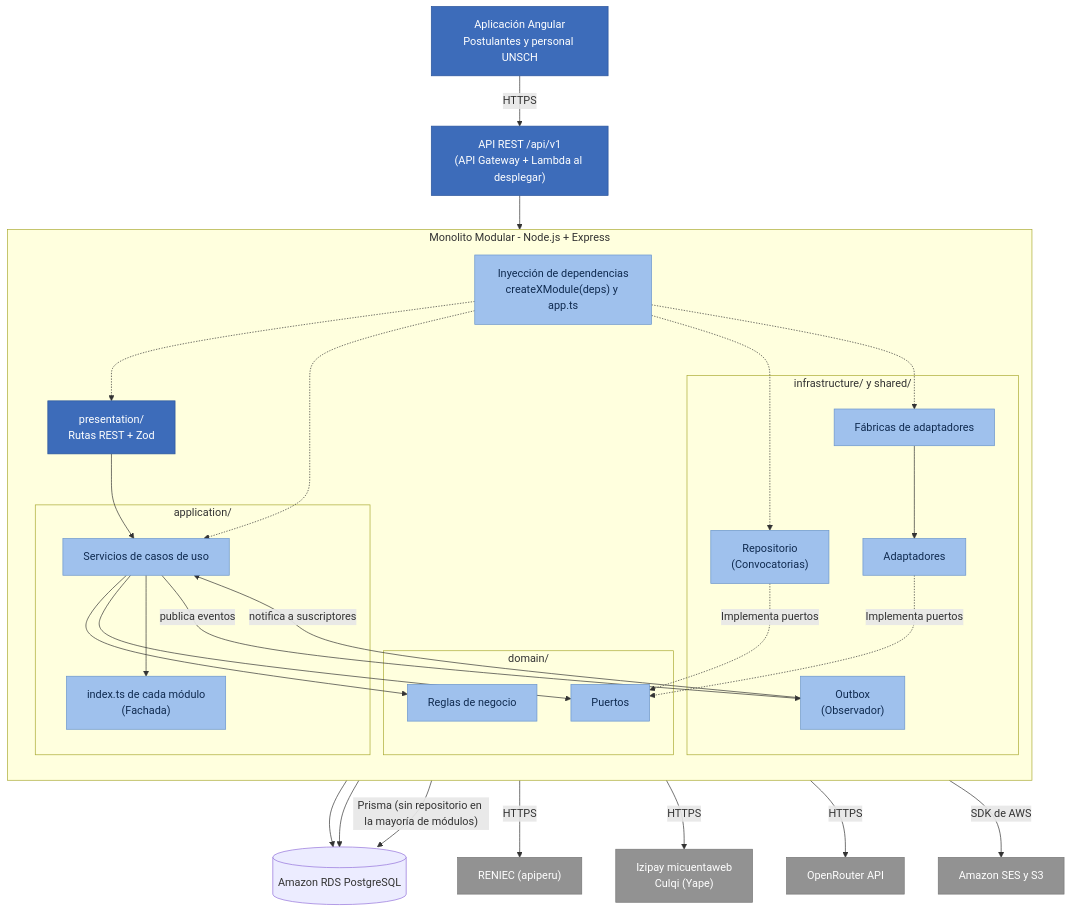
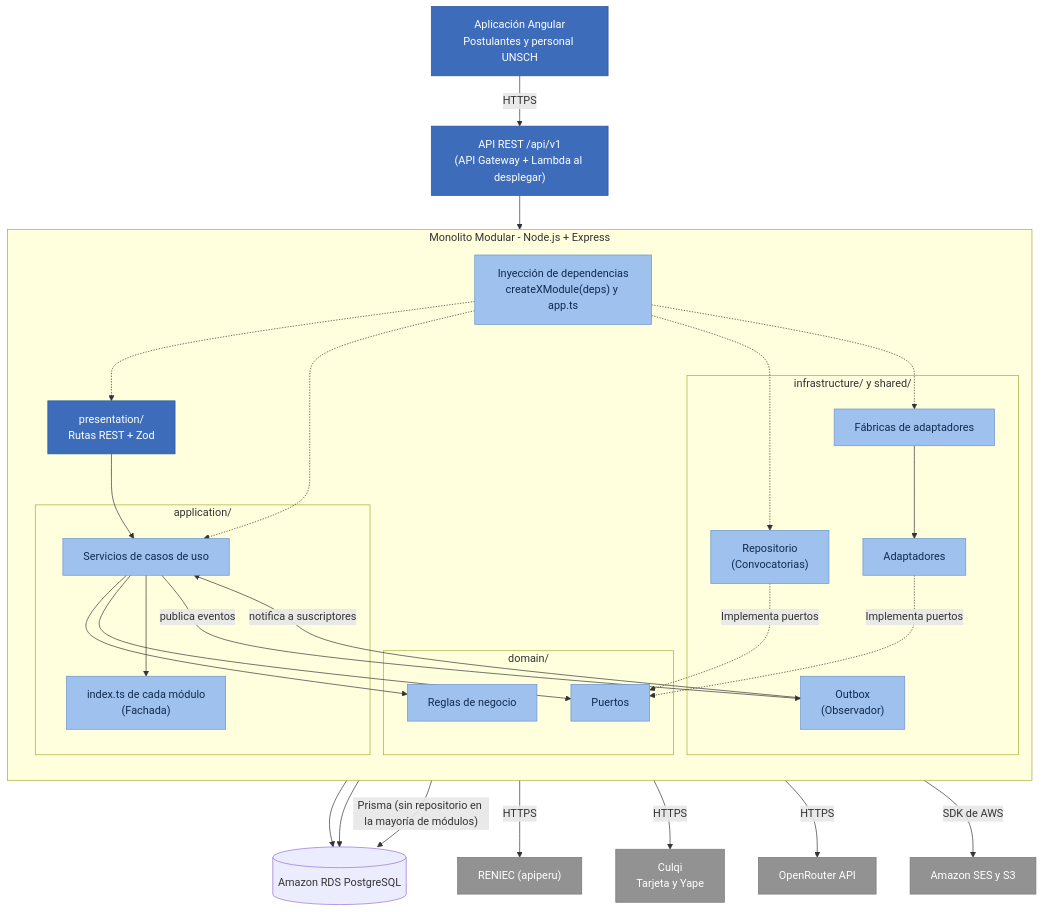
The diagram in docs/03-diseño-de-software/patrones-diseño.md (DiegoCoras06/sia-unsch-admision), drawn with Mermaid before and after one commit. The commit also changed other lines of this file and 66 other files, not shown here.

First line of the commit message:
Pagos: Culqi como única pasarela, con tarjeta y Yape (ADR-024)

````diff
--- a/docs/03-diseño-de-software/patrones-diseño.md
+++ b/docs/03-diseño-de-software/patrones-diseño.md
@@ -54,72 +54,72 @@
 ```mermaid
 flowchart TB
     WEB["Aplicación Angular<br/>Postulantes y personal UNSCH"]
     API["API REST /api/v1<br/>(API Gateway + Lambda al desplegar)"]
 
     subgraph BACKEND["Monolito Modular - Node.js + Express"]
         direction TB
 
         CTRL["presentation/<br/>Rutas REST + Zod"]
 
         subgraph APP["application/"]
             UC["Servicios de casos de uso"]
             FAC["index.ts de cada módulo<br/>(Fachada)"]
         end
 
         subgraph DOM["domain/"]
             PORT["Puertos"]
             ENT["Reglas de negocio"]
         end
 
         subgraph INFRA["infrastructure/ y shared/"]
             REP["Repositorio<br/>(Convocatorias)"]
             ADP["Adaptadores"]
             FAB["Fábricas de adaptadores"]
             OBS["Outbox<br/>(Observador)"]
         end
 
         COMP["Inyección de dependencias<br/>createXModule(deps) y app.ts"]
     end
 
     DB[("Amazon RDS PostgreSQL")]
 
     RENIEC["RENIEC (apiperu)"]
-    PAGOS["Izipay micuentaweb<br/>Culqi (Yape)"]
+    PAGOS["Culqi<br/>Tarjeta y Yape"]
     IA["OpenRouter API"]
     AWS["Amazon SES y S3"]
 
     WEB -->|"HTTPS"| API
     API --> CTRL
     CTRL --> UC
     UC --> ENT
     UC --> PORT
     UC --> FAC
     UC -->|"publica eventos"| OBS
     OBS -->|"notifica a suscriptores"| UC
 
     REP -.->|"Implementa puertos"| PORT
     ADP -.->|"Implementa puertos"| PORT
     FAB --> ADP
 
     REP --> DB
     OBS --> DB
     UC -->|"Prisma (sin repositorio en la mayoría de módulos)"| DB
 
     ADP -->|"HTTPS"| RENIEC
     ADP -->|"HTTPS"| PAGOS
     ADP -->|"HTTPS"| IA
     ADP -->|"SDK de AWS"| AWS
 
     COMP -.-> CTRL
     COMP -.-> UC
     COMP -.-> REP
     COMP -.-> FAB
 
     classDef principal fill:#3d6cba,color:#fff,stroke:#28539b
     classDef componente fill:#9fc1ed,color:#102b50,stroke:#6a95cc
     classDef externo fill:#929292,color:#fff,stroke:#777
 
     class WEB,API,CTRL principal
     class UC,FAC,PORT,ENT,REP,ADP,FAB,OBS,COMP componente
     class RENIEC,PAGOS,IA,AWS externo
 ```
````
